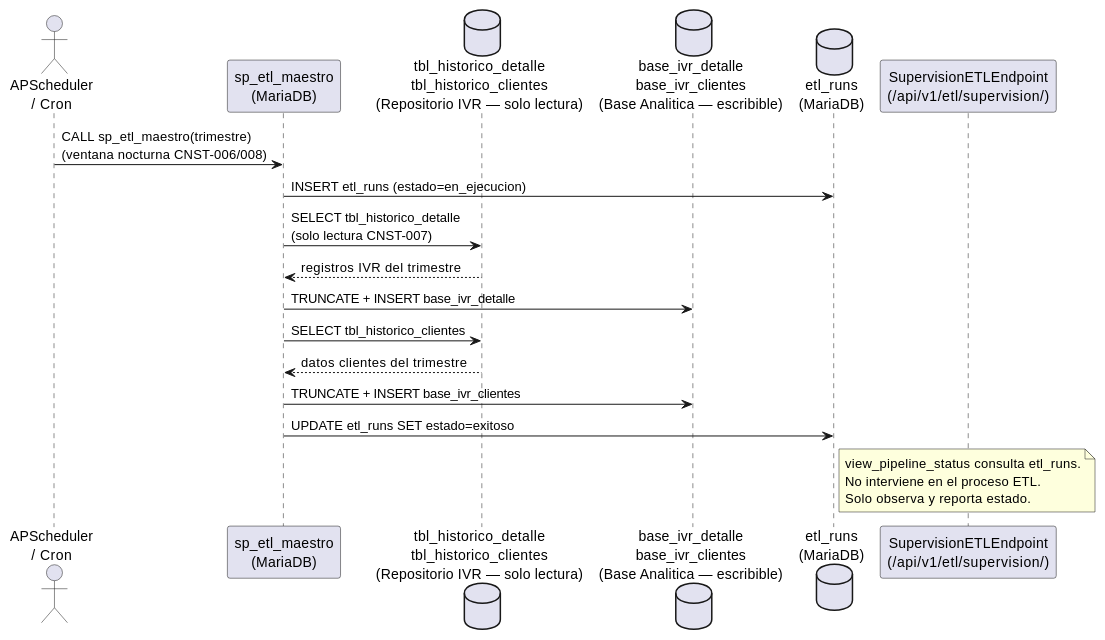
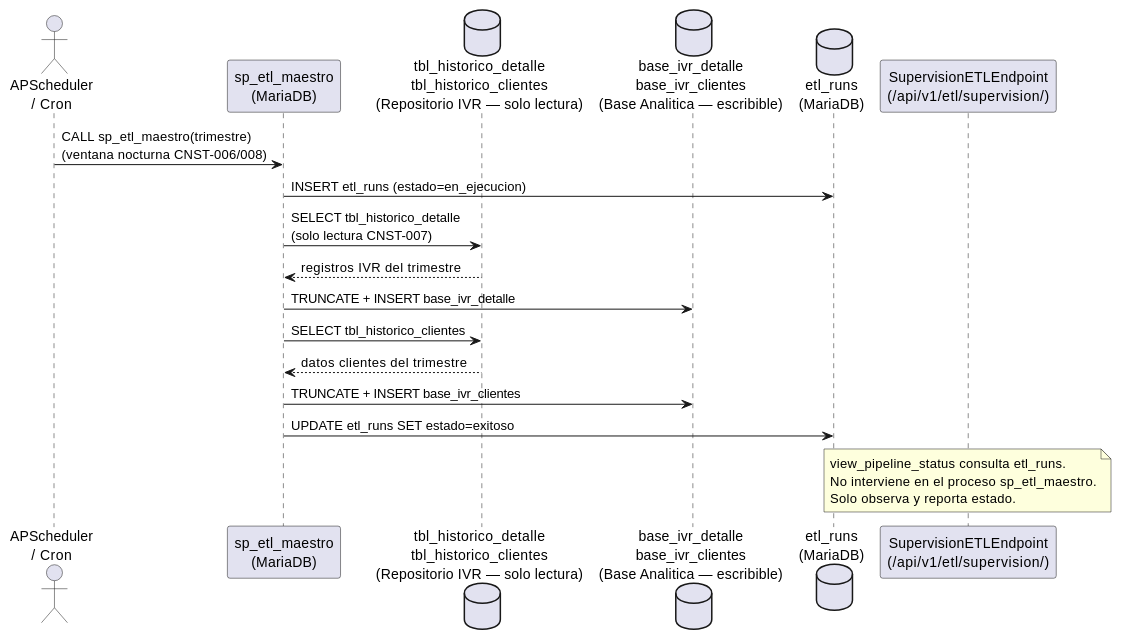
One commit to jcg-admin/IACT-docs changed the first of 3 diagrams in source/arquitectura-tecnica/modulos/etl-monitoring/diagramas.rst. Above: the diagram before and after it, drawn with PlantUML. The commit also changed other lines of this file and 9 other files, not shown here.

First line of the commit message:
Fix aliases in modulos arquitectura diagramas.rst files

```diff
--- a/source/arquitectura-tecnica/modulos/etl-monitoring/diagramas.rst
+++ b/source/arquitectura-tecnica/modulos/etl-monitoring/diagramas.rst
@@ -11,29 +11,29 @@
 .. uml::
  :caption: Secuencia ETL nocturno con sp_etl_maestro sobre MariaDB (CNST-006/008).
 
  @startuml
 
- actor "APScheduler\n/ Cron" as SCH
- participant "sp_etl_maestro\n(MariaDB)" as ETL
- database "tbl_historico_detalle\ntbl_historico_clientes\n(Repositorio IVR — solo lectura)" as SRC
+ actor "APScheduler\n/ Cron" as Apscheduler
+ participant "sp_etl_maestro\n(MariaDB)" as sp_etl_maestro
+ database "tbl_historico_detalle\ntbl_historico_clientes\n(Repositorio IVR — solo lectura)" as tbl_historico_detalle
  database "base_ivr_detalle\nbase_ivr_clientes\n(Base Analitica — escribible)" as DEST
- database "etl_runs\n(MariaDB)" as LOG
- participant "SupervisionETLEndpoint\n(/api/v1/etl/supervision/)" as MON
+ database "etl_runs\n(MariaDB)" as etl_runs
+ participant "SupervisionETLEndpoint\n(/api/v1/etl/supervision/)" as Supervisionetlendpoint
 
- SCH -> ETL : CALL sp_etl_maestro(trimestre)\n(ventana nocturna CNST-006/008)
- ETL -> LOG : INSERT etl_runs (estado=en_ejecucion)
- ETL -> SRC : SELECT tbl_historico_detalle\n(solo lectura CNST-007)
- SRC --> ETL : registros IVR del trimestre
- ETL -> DEST : TRUNCATE + INSERT base_ivr_detalle
- ETL -> SRC : SELECT tbl_historico_clientes
- SRC --> ETL : datos clientes del trimestre
- ETL -> DEST : TRUNCATE + INSERT base_ivr_clientes
- ETL -> LOG : UPDATE etl_runs SET estado=exitoso
+ Apscheduler -> sp_etl_maestro : CALL sp_etl_maestro(trimestre)\n(ventana nocturna CNST-006/008)
+ sp_etl_maestro -> etl_runs : INSERT etl_runs (estado=en_ejecucion)
+ sp_etl_maestro -> tbl_historico_detalle : SELECT tbl_historico_detalle\n(solo lectura CNST-007)
+ tbl_historico_detalle --> sp_etl_maestro : registros IVR del trimestre
+ sp_etl_maestro -> DEST : TRUNCATE + INSERT base_ivr_detalle
+ sp_etl_maestro -> tbl_historico_detalle : SELECT tbl_historico_clientes
+ tbl_historico_detalle --> sp_etl_maestro : datos clientes del trimestre
+ sp_etl_maestro -> DEST : TRUNCATE + INSERT base_ivr_clientes
+ sp_etl_maestro -> etl_runs : UPDATE etl_runs SET estado=exitoso
 
- note over MON
+ note over Supervisionetlendpoint
    view_pipeline_status consulta etl_runs.
-   No interviene en el proceso ETL.
+   No interviene en el proceso sp_etl_maestro.
    Solo observa y reporta estado.
  end note
 
  @enduml
```
